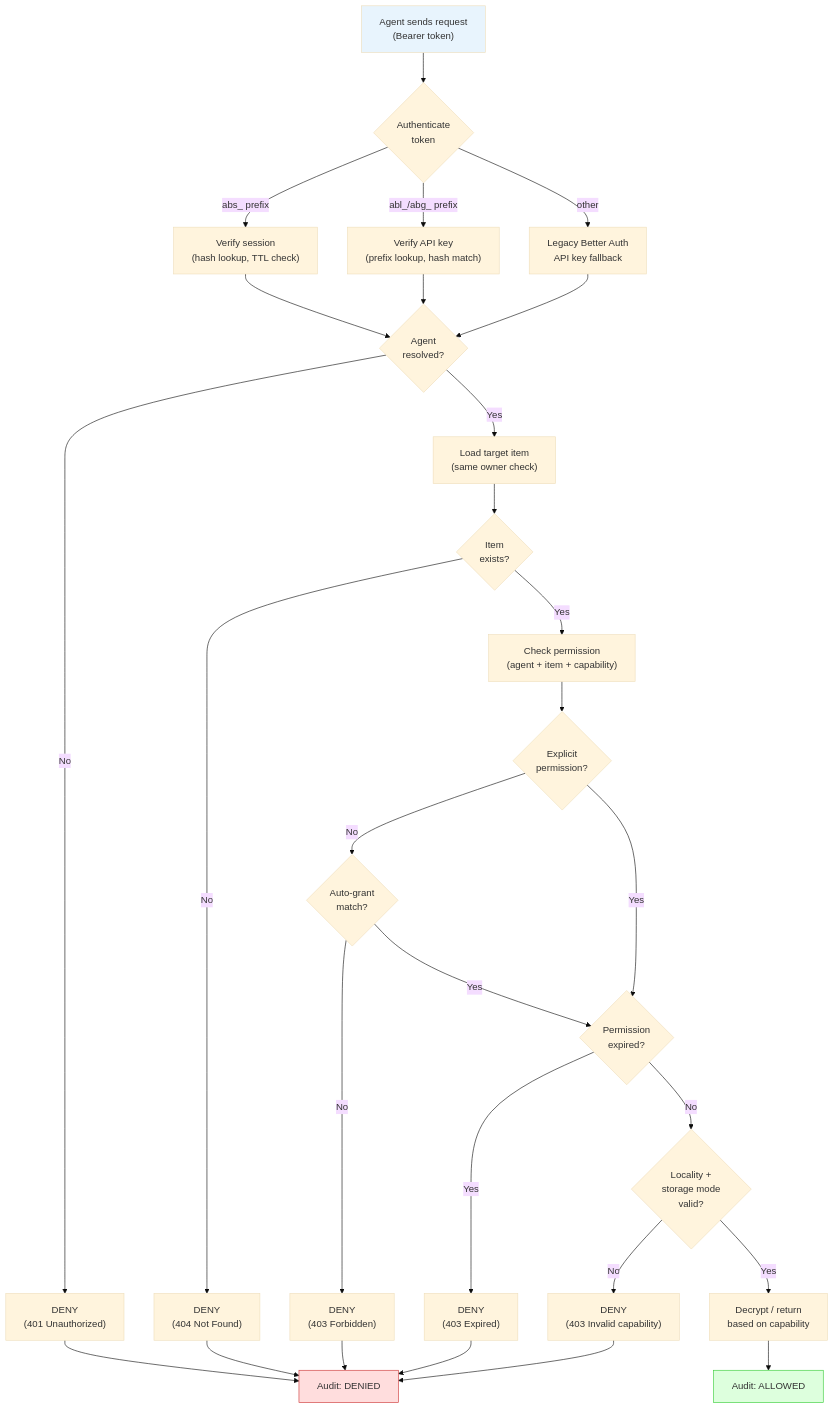
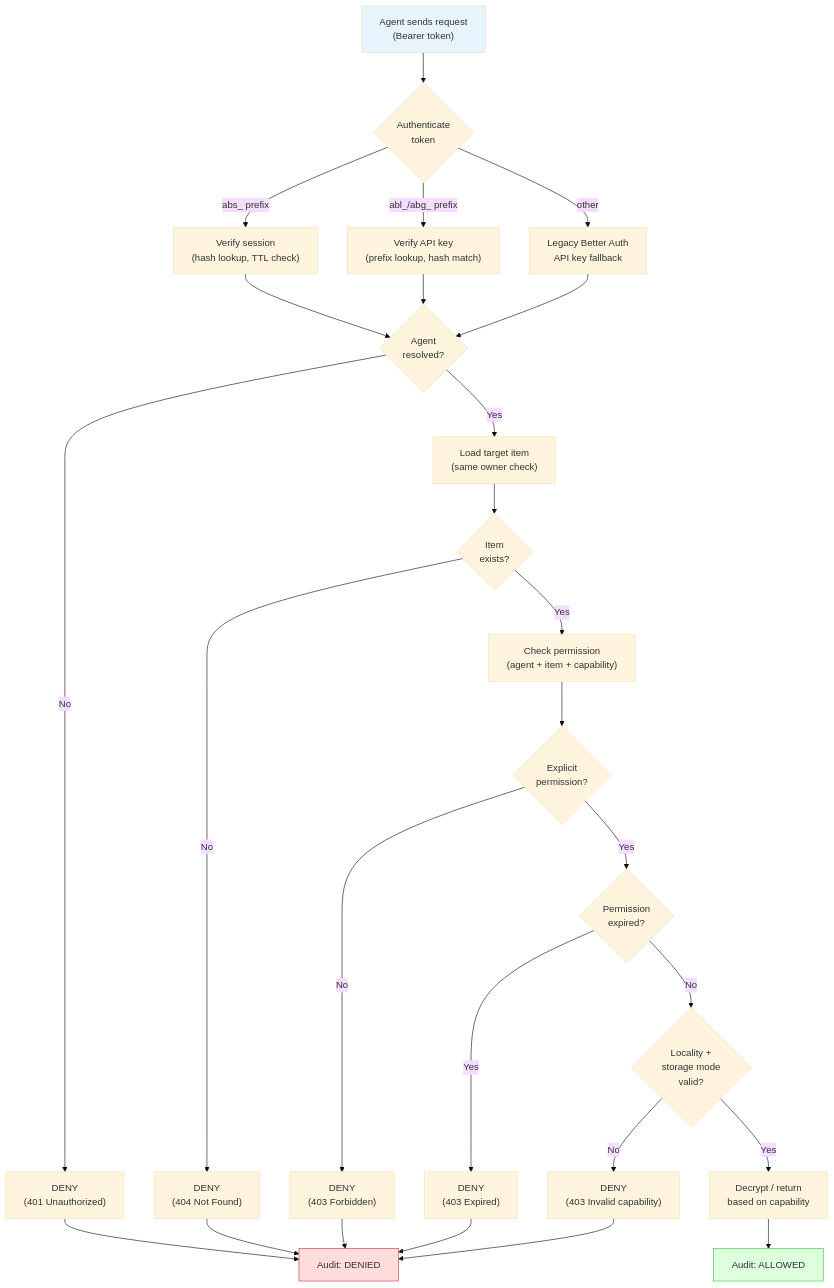
Diagram 14 of 20 in docs/flow.md (punitarani/abadge), drawn with Mermaid (base theme) before and after one commit. The commit also changed 37 other files, not shown here.

````diff
--- a/docs/flow.md
+++ b/docs/flow.md
@@ -318,41 +318,39 @@
 ```mermaid
 flowchart TD
   Start["Agent sends request\n(Bearer token)"] --> AuthCheck{"Authenticate\ntoken"}
   AuthCheck -->|"abs_ prefix"| SessionAuth["Verify session\n(hash lookup, TTL check)"]
   AuthCheck -->|"abl_/abg_ prefix"| KeyAuth["Verify API key\n(prefix lookup, hash match)"]
   AuthCheck -->|"other"| LegacyAuth["Legacy Better Auth\nAPI key fallback"]
 
   SessionAuth --> Resolved{"Agent\nresolved?"}
   KeyAuth --> Resolved
   LegacyAuth --> Resolved
 
   Resolved -->|No| Deny1["DENY\n(401 Unauthorized)"]
   Resolved -->|Yes| LoadItem["Load target item\n(same owner check)"]
 
   LoadItem --> ItemExists{"Item\nexists?"}
   ItemExists -->|No| Deny2["DENY\n(404 Not Found)"]
   ItemExists -->|Yes| PermCheck["Check permission\n(agent + item + capability)"]
 
   PermCheck --> HasPerm{"Explicit\npermission?"}
-  HasPerm -->|No| AutoGrant{"Auto-grant\nmatch?"}
-  AutoGrant -->|No| Deny3["DENY\n(403 Forbidden)"]
-  AutoGrant -->|Yes| Expired{"Permission\nexpired?"}
+  HasPerm -->|No| Deny3["DENY\n(403 Forbidden)"]
   HasPerm -->|Yes| Expired{"Permission\nexpired?"}
 
   Expired -->|Yes| Deny4["DENY\n(403 Expired)"]
   Expired -->|No| LocalityCheck{"Locality +\nstorage mode\nvalid?"}
 
   LocalityCheck -->|No| Deny5["DENY\n(403 Invalid capability)"]
   LocalityCheck -->|Yes| Decrypt["Decrypt / return\nbased on capability"]
 
   Decrypt --> AuditAllow["Audit: ALLOWED"]
   Deny1 --> AuditDeny["Audit: DENIED"]
   Deny2 --> AuditDeny
   Deny3 --> AuditDeny
   Deny4 --> AuditDeny
   Deny5 --> AuditDeny
 
   style Start fill:#e8f4fd
   style AuditAllow fill:#dfd,stroke:#3c3
   style AuditDeny fill:#fdd,stroke:#c33
 ```
````
